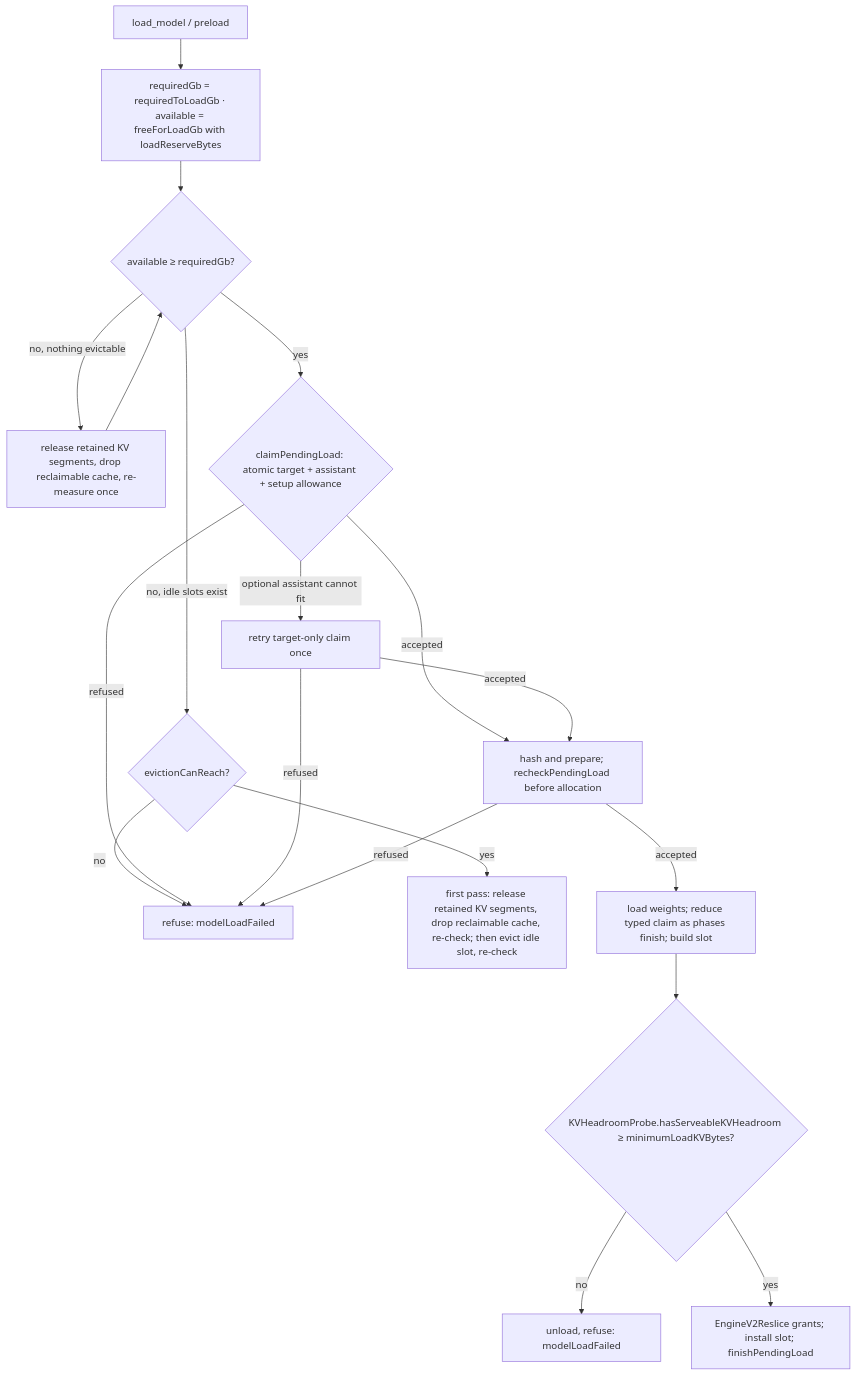
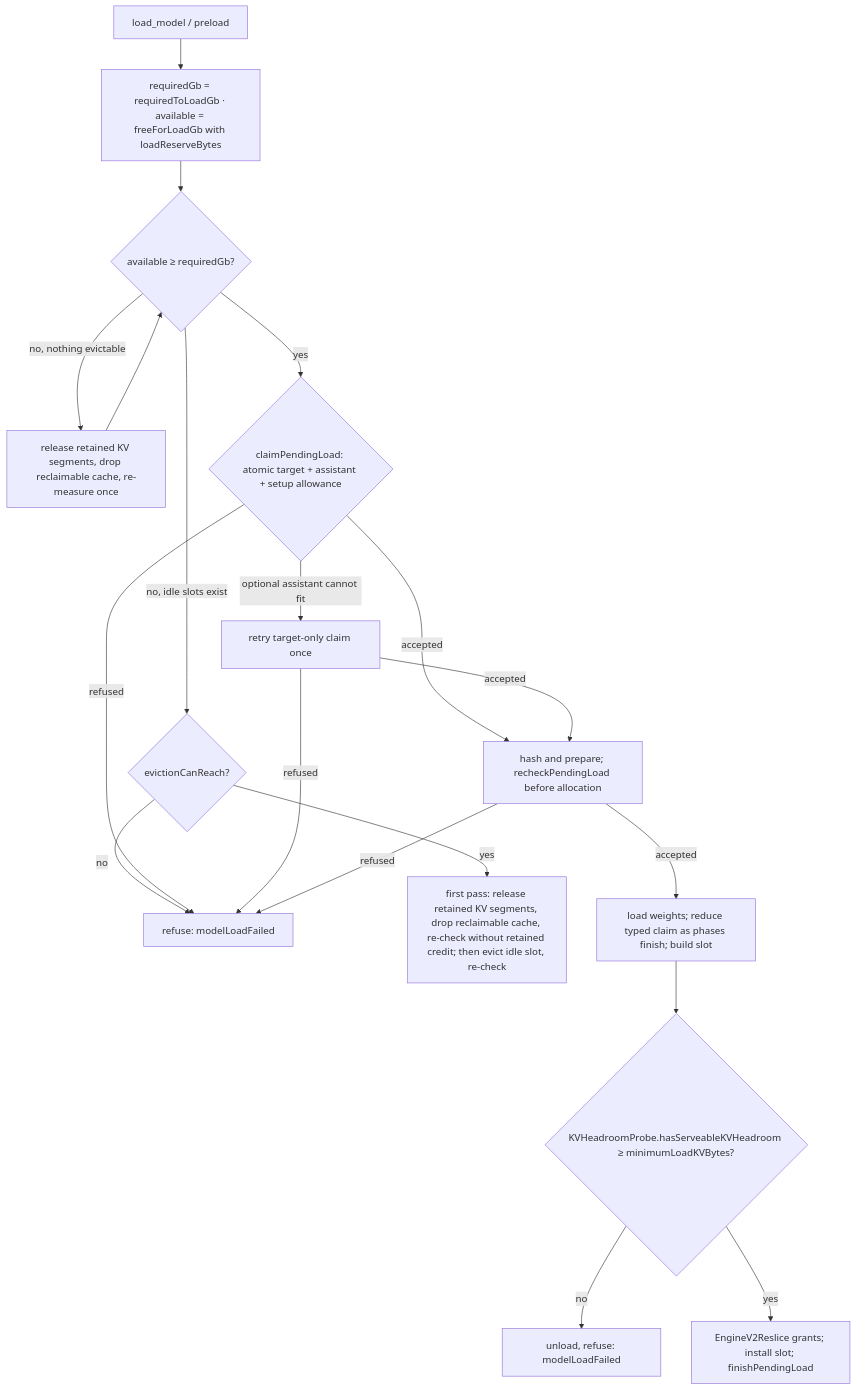
Before and after one commit to Layr-Labs/d-inference: the diagram in docs/architecture/hardware-support.md, drawn with Mermaid. The commit also changed other lines of this file and 7 other files, not shown here.

````diff
--- a/docs/architecture/hardware-support.md
+++ b/docs/architecture/hardware-support.md
@@ -292,21 +292,21 @@
 ```mermaid
 flowchart TD
     A[load_model / preload] --> B[requiredGb = requiredToLoadGb · available = freeForLoadGb with loadReserveBytes]
     B --> C{available ≥ requiredGb?}
     C -- no, idle slots exist --> D{evictionCanReach?}
     D -- no --> R1[refuse: modelLoadFailed]
-    D -- yes --> E[first pass: release retained KV segments, drop reclaimable cache, re-check; then evict idle slot, re-check]
+    D -- yes --> E[first pass: release retained KV segments, drop reclaimable cache, re-check without retained credit; then evict idle slot, re-check]
     C -- no, nothing evictable --> F[release retained KV segments, drop reclaimable cache, re-measure once]
     F --> C
     C -- yes --> P{claimPendingLoad: atomic target + assistant + setup allowance}
     P -- optional assistant cannot fit --> T[retry target-only claim once]
     P -- accepted --> Q[hash and prepare; recheckPendingLoad before allocation]
     T -- accepted --> Q
     P -- refused --> R1
     T -- refused --> R1
     Q -- refused --> R1
     Q -- accepted --> G[load weights; reduce typed claim as phases finish; build slot]
     G --> H{KVHeadroomProbe.hasServeableKVHeadroom ≥ minimumLoadKVBytes?}
     H -- no --> R2[unload, refuse: modelLoadFailed]
     H -- yes --> I[EngineV2Reslice grants; install slot; finishPendingLoad]
 ```
````
